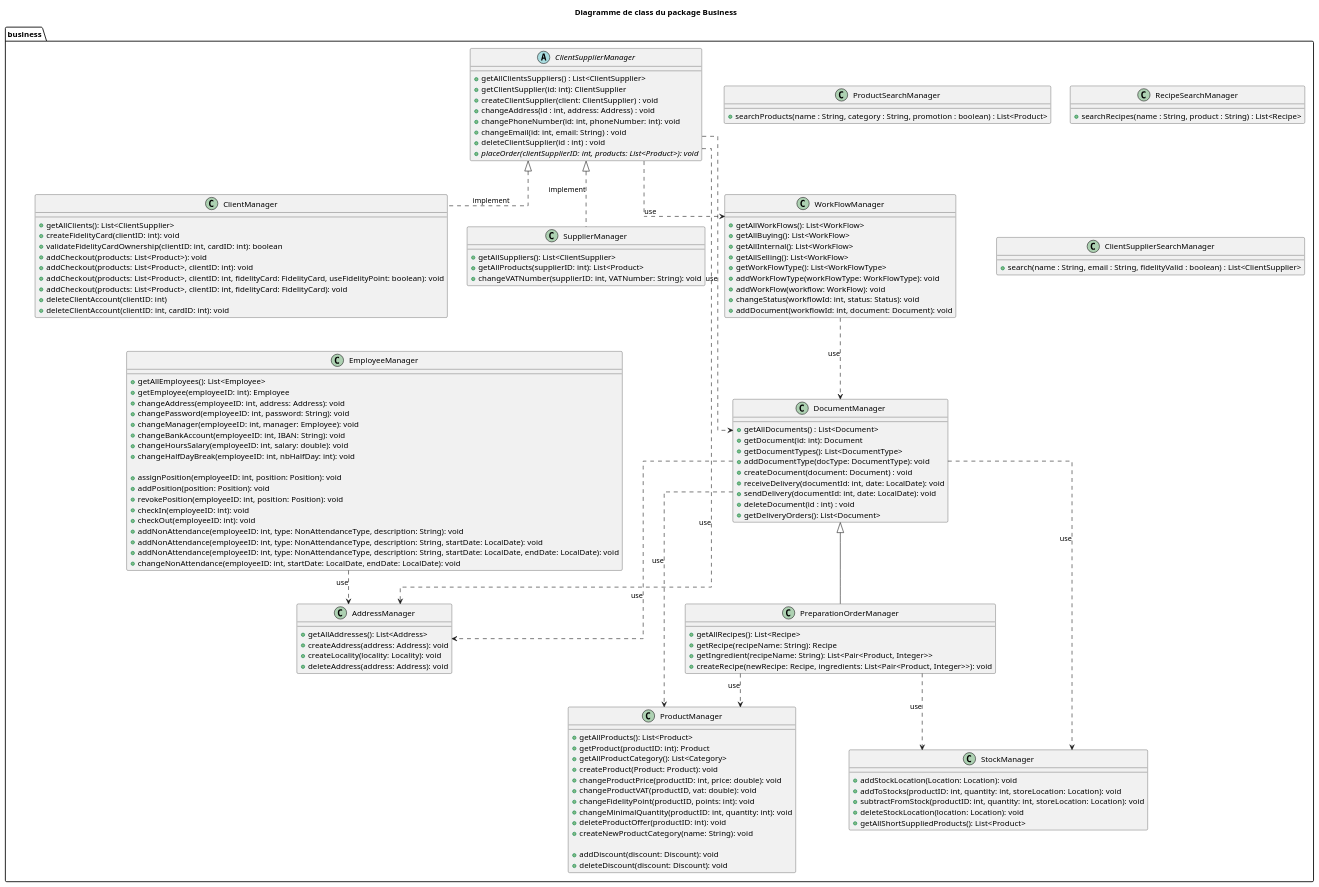
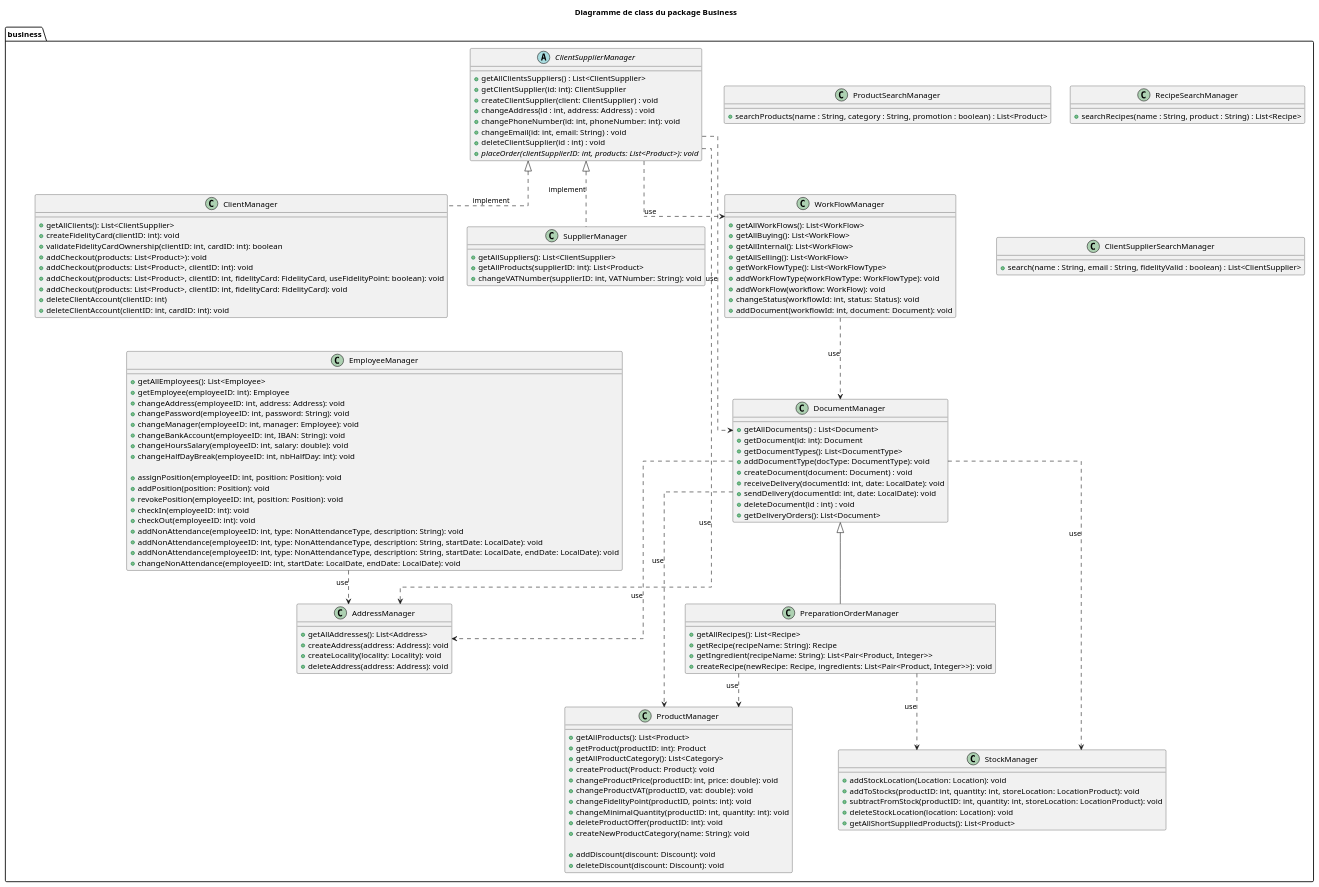
The diagram in doc/business.class.puml (YannisVanAchter/IG252-java-project), drawn with PlantUML before and after one commit. The commit also changed 13 other files, not shown here.

```diff
--- a/doc/business.class.puml
+++ b/doc/business.class.puml
@@ -1,156 +1,156 @@
 @startuml "business class diagram"
 
 title "Diagramme de class du package Business"
 
 ' top to bottom direction
 skinparam linetype ortho
 ' skinparam linetype polyline
 
 package business {
 
     class DocumentManager {
         +getAllDocuments() : List<Document>
         +getDocument(id: int): Document
         +getDocumentTypes(): List<DocumentType>
         +addDocumentType(docType: DocumentType): void
         +createDocument(document: Document) : void
         +receiveDelivery(documentId: int, date: LocalDate): void
         +sendDelivery(documentId: int, date: LocalDate): void
         +deleteDocument(id : int) : void
         +getDeliveryOrders(): List<Document>
     }
 
     class PreparationOrderManager {
         +getAllRecipes(): List<Recipe>
         +getRecipe(recipeName: String): Recipe
         +getIngredient(recipeName: String): List<Pair<Product, Integer>>
         +createRecipe(newRecipe: Recipe, ingredients: List<Pair<Product, Integer>>): void
     }
 
     class WorkFlowManager {
         +getAllWorkFlows(): List<WorkFlow>
         +getAllBuying(): List<WorkFlow>
         +getAllInternal(): List<WorkFlow>
         +getAllSelling(): List<WorkFlow>
         +getWorkFlowType(): List<WorkFlowType>
         +addWorkFlowType(workFlowType: WorkFlowType): void
         +addWorkFlow(workflow: WorkFlow): void
         +changeStatus(workflowId: int, status: Status): void
         +addDocument(workflowId: int, document: Document): void
     }
 
     abstract class ClientSupplierManager {
         +getAllClientsSuppliers() : List<ClientSupplier>
         +getClientSupplier(id: int): ClientSupplier
         +createClientSupplier(client: ClientSupplier) : void
         +changeAddress(id : int, address: Address) : void
         +changePhoneNumber(id: int, phoneNumber: int): void
         +changeEmail(id: int, email: String) : void
         +deleteClientSupplier(id : int) : void
         {abstract} + placeOrder(clientSupplierID: int, products: List<Product>): void
     }
 
     class ClientManager {
         +getAllClients(): List<ClientSupplier>
         +createFidelityCard(clientID: int): void
         +validateFidelityCardOwnership(clientID: int, cardID: int): boolean
         +addCheckout(products: List<Product>): void
         +addCheckout(products: List<Product>, clientID: int): void
         +addCheckout(products: List<Product>, clientID: int, fidelityCard: FidelityCard, useFidelityPoint: boolean): void
         +addCheckout(products: List<Product>, clientID: int, fidelityCard: FidelityCard): void
         +deleteClientAccount(clientID: int)
         +deleteClientAccount(clientID: int, cardID: int): void
     }
 
     class SupplierManager {
         +getAllSuppliers(): List<ClientSupplier>
         +getAllProducts(supplierID: int): List<Product>
         +changeVATNumber(supplierID: int, VATNumber: String): void
     }
 
     class ProductManager {
         +getAllProducts(): List<Product>
         +getProduct(productID: int): Product
         +getAllProductCategory(): List<Category>
         +createProduct(Product: Product): void
         +changeProductPrice(productID: int, price: double): void
         +changeProductVAT(productID, vat: double): void
         +changeFidelityPoint(productID, points: int): void
         +changeMinimalQuantity(productID: int, quantity: int): void
         +deleteProductOffer(productID: int): void
         +createNewProductCategory(name: String): void
 
         +addDiscount(discount: Discount): void
         +deleteDiscount(discount: Discount): void
     }
 
     class EmployeeManager {
         +getAllEmployees(): List<Employee>
         +getEmployee(employeeID: int): Employee
         +changeAddress(employeeID: int, address: Address): void
         +changePassword(employeeID: int, password: String): void
         +changeManager(employeeID: int, manager: Employee): void
         +changeBankAccount(employeeID: int, IBAN: String): void
         +changeHoursSalary(employeeID: int, salary: double): void
         +changeHalfDayBreak(employeeID: int, nbHalfDay: int): void
 
         +assignPosition(employeeID: int, position: Position): void
         +addPosition(position: Position): void
         +revokePosition(employeeID: int, position: Position): void
         +checkIn(employeeID: int): void
         +checkOut(employeeID: int): void
         +addNonAttendance(employeeID: int, type: NonAttendanceType, description: String): void
         +addNonAttendance(employeeID: int, type: NonAttendanceType, description: String, startDate: LocalDate): void
         +addNonAttendance(employeeID: int, type: NonAttendanceType, description: String, startDate: LocalDate, endDate: LocalDate): void
         +changeNonAttendance(employeeID: int, startDate: LocalDate, endDate: LocalDate): void
     }
 
     class AddressManager {
         +getAllAddresses(): List<Address>
         +createAddress(address: Address): void
         +createLocality(locality: Locality): void
         +deleteAddress(address: Address): void
     }
 
     class ProductSearchManager {
         +searchProducts(name : String, category : String, promotion : boolean) : List<Product>
     }
 
     class RecipeSearchManager {
         +searchRecipes(name : String, product : String) : List<Recipe>
     }
 
     class ClientSupplierSearchManager {
         +search(name : String, email : String, fidelityValid : boolean) : List<ClientSupplier>
     }
 
     class StockManager {
         +addStockLocation(Location: Location): void
-        +addToStocks(productID: int, quantity: int, storeLocation: Location): void
-        +subtractFromStock(productID: int, quantity: int, storeLocation: Location): void
+        +addToStocks(productID: int, quantity: int, storeLocation: LocationProduct): void
+        +subtractFromStock(productID: int, quantity: int, storeLocation: LocationProduct): void
         +deleteStockLocation(location: Location): void
         +getAllShortSuppliedProducts(): List<Product>
     }
 
     DocumentManager <|-- PreparationOrderManager
 
     ClientSupplierManager <|.. ClientManager: implement
     ClientSupplierManager <|.. SupplierManager: implement
 
     ClientSupplierManager ..> DocumentManager: use
     ClientSupplierManager ..> WorkFlowManager: use
 
     EmployeeManager ..> AddressManager: use
     ClientSupplierManager ..> AddressManager: use
     DocumentManager ..> AddressManager: use
 
     DocumentManager ..> StockManager: use
     DocumentManager ..> ProductManager: use
 
     PreparationOrderManager ..> ProductManager: use
     PreparationOrderManager ..> StockManager: use
 
     WorkFlowManager ..> DocumentManager: use
 }
 
 @enduml
```
